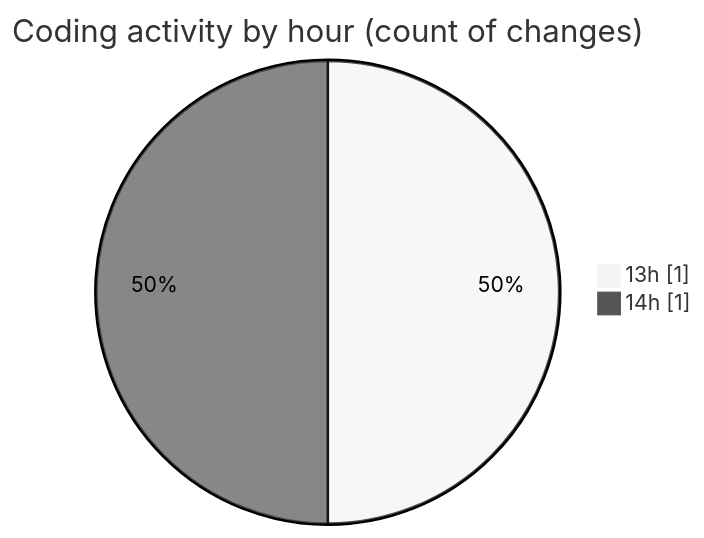
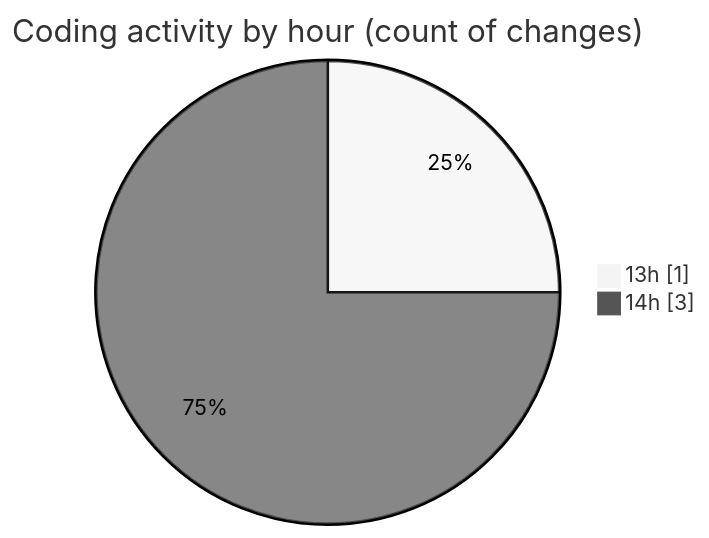
One commit to LanceThiago/code-tracking changed the second of 2 diagrams in 2026-10-02/jogo/README.md. Above: the diagram before and after it, drawn with Mermaid (neutral theme). The commit also changed other lines of this file and 1 other file, not shown here.

````diff
--- a/2026-10-02/jogo/README.md
+++ b/2026-10-02/jogo/README.md
@@ -28,6 +28,6 @@
 ```mermaid
 pie showData
 title Coding activity by hour (count of changes)
 "13h" : 1
-"14h" : 1
+"14h" : 3
 ```
````
